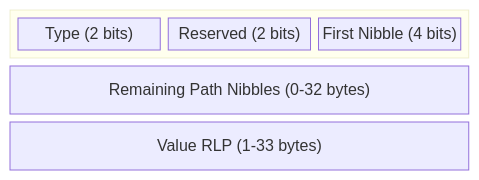
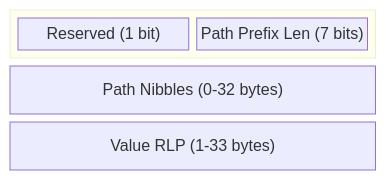
The seventh of 8 diagrams in README.md (base/triedb), drawn with Mermaid before and after one commit. The commit also changed other lines of this file, not shown here.

````diff
--- a/README.md
+++ b/README.md
@@ -242,9 +239,9 @@
 ```mermaid
 block-beta
   columns 1
   block:flags:1
-    type["Type (2 bits)"] reserved["Reserved (2 bits)"] firstnibble["First Nibble (4 bits)"]
+    reserved["Reserved (1 bit)"] pathLen["Path Prefix Len (7 bits)"]
   end
-  pathnibbles["Remaining Path Nibbles (0-32 bytes)"]
+  pathnibbles["Path Nibbles (0-32 bytes)"]
   value["Value RLP (1-33 bytes)"]
 ```
````
